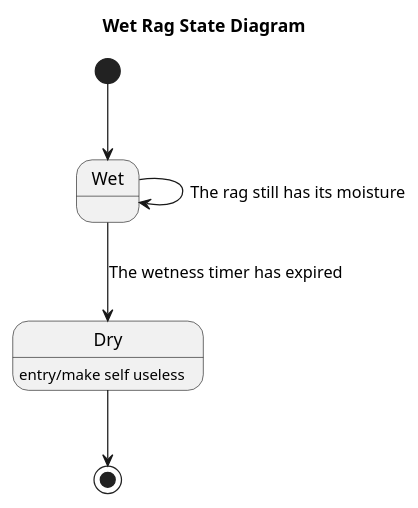
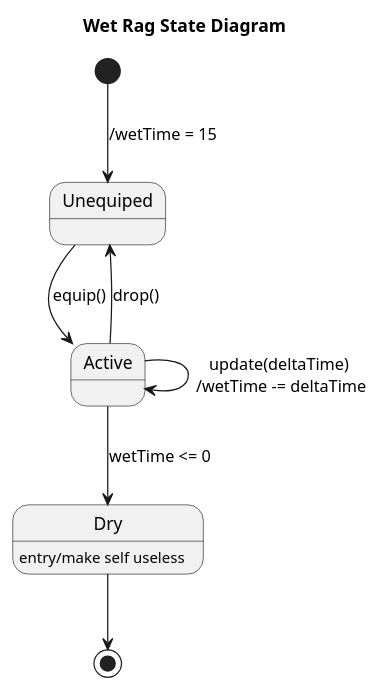
One commit to sn4k3ch4rm3r/logarlec changed the diagram in docs/diagrams/state/rag-state.puml. Above: the diagram before and after it, drawn with PlantUML. The commit also changed 3 other files, not shown here.

Commit message:
Refactored state diagrams to use a different timing sceme

```diff
--- a/docs/diagrams/state/rag-state.puml
+++ b/docs/diagrams/state/rag-state.puml
@@ -1,10 +1,12 @@
 @startuml rag
 title Wet Rag State Diagram
 
-[*] --> Wet
-Wet --> Wet: The rag still has its moisture
-Wet --> Dry: The wetness timer has expired
+[*] --> Unequiped: /wetTime = 15
+Unequiped --> Active: equip()
+Active --> Unequiped: drop()
+Active --> Active: update(deltaTime) \n/wetTime -= deltaTime
+Active --> Dry: wetTime <= 0
 Dry --> [*]
 
 Dry: entry/make self useless
 @enduml
```
